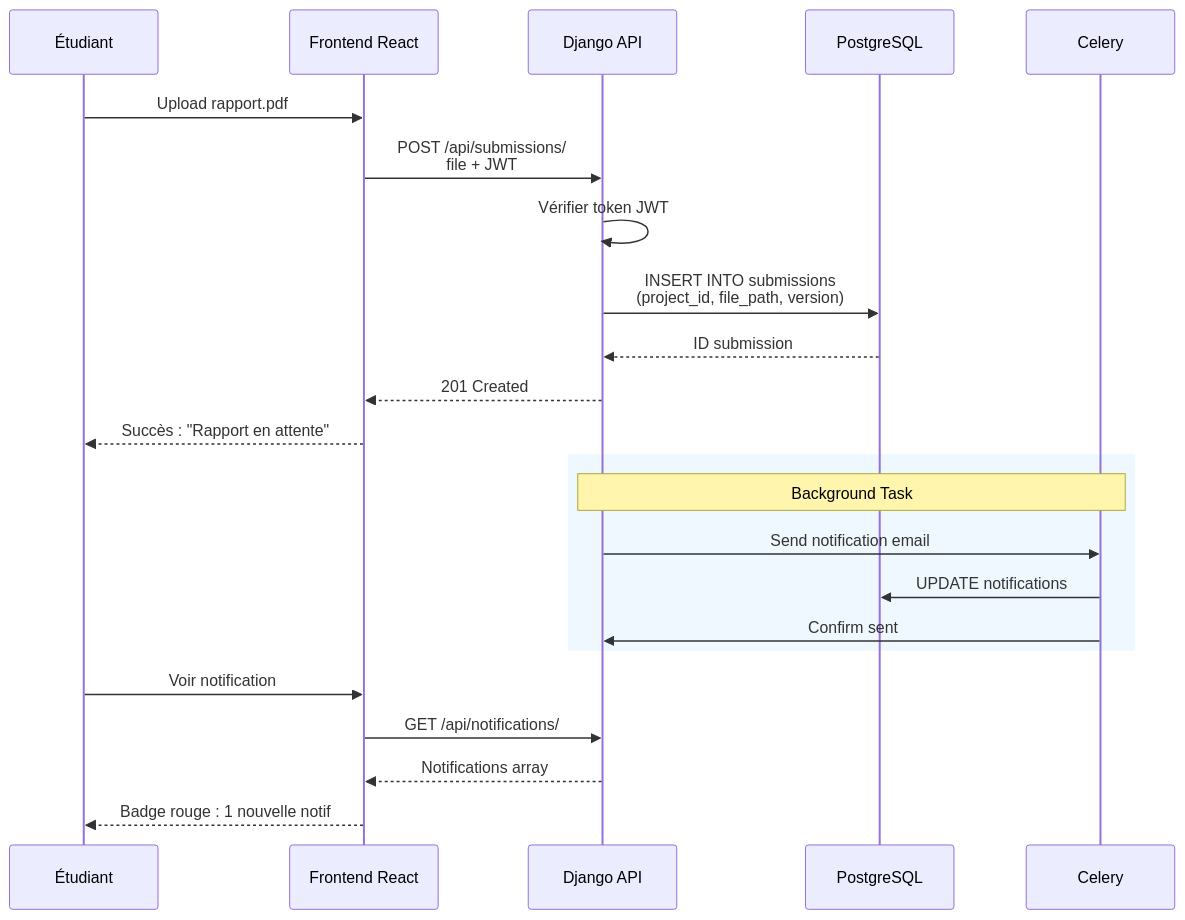
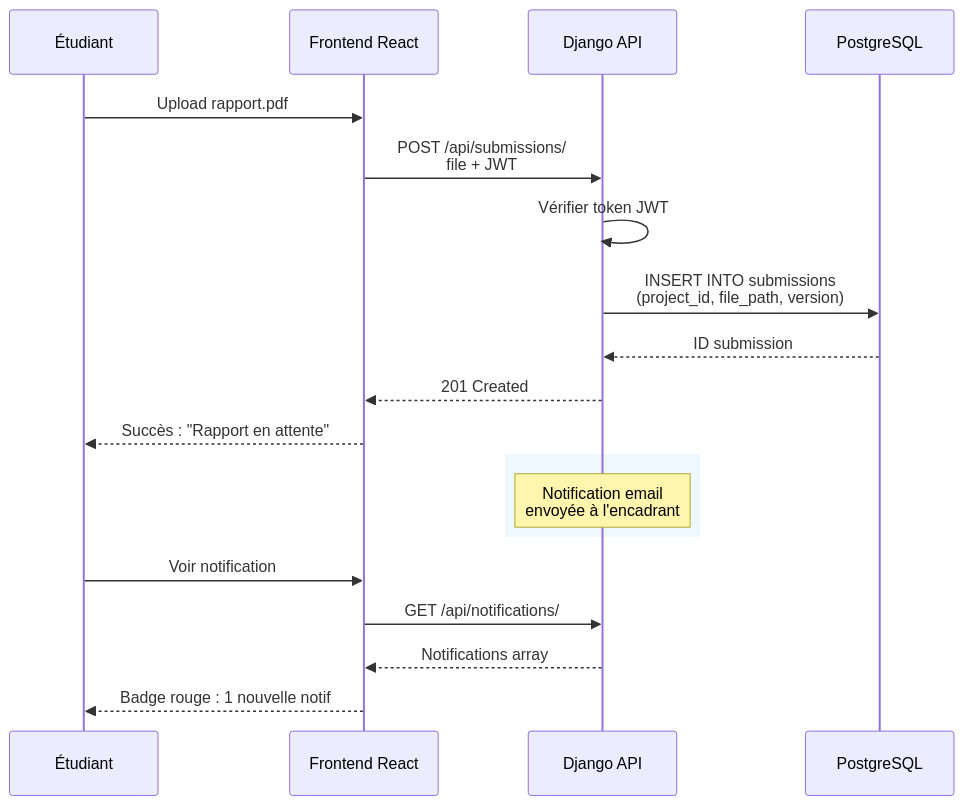
Before and after one commit to Lagmouchyoussef/PFE-Navigator: the sixth of 12 diagrams in README.md, drawn with Mermaid. The commit also changed other lines of this file, not shown here.

````diff
--- a/README.md
+++ b/README.md
@@ -338,28 +328,24 @@
 ```mermaid
 sequenceDiagram
     participant S as Étudiant
     participant F as Frontend React
     participant A as Django API
     participant D as PostgreSQL
-    participant C as Celery
     
     S->>F: Upload rapport.pdf
     F->>A: POST /api/submissions/<br/>file + JWT
     A->>A: Vérifier token JWT
     A->>D: INSERT INTO submissions<br/>(project_id, file_path, version)
     D-->>A: ID submission
     A-->>F: 201 Created
     F-->>S: Succès : "Rapport en attente"
     
     rect rgb(240, 248, 255)
-        Note over A,C: Background Task
-        A->>C: Send notification email
-        C->>D: UPDATE notifications
-        C->>A: Confirm sent
+        Note over A: Notification email<br/>envoyée à l'encadrant
     end
     
     S->>F: Voir notification
     F->>A: GET /api/notifications/
     A-->>F: Notifications array
     F-->>S: Badge rouge : 1 nouvelle notif
 ```
````
